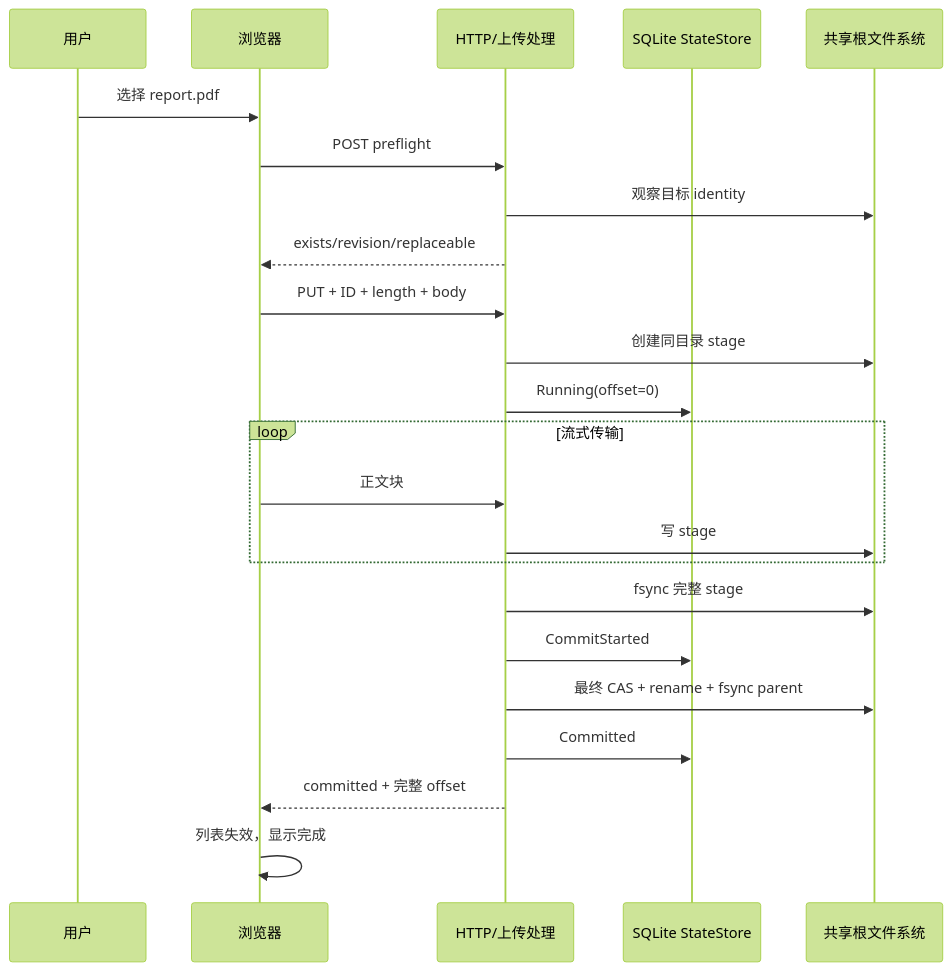
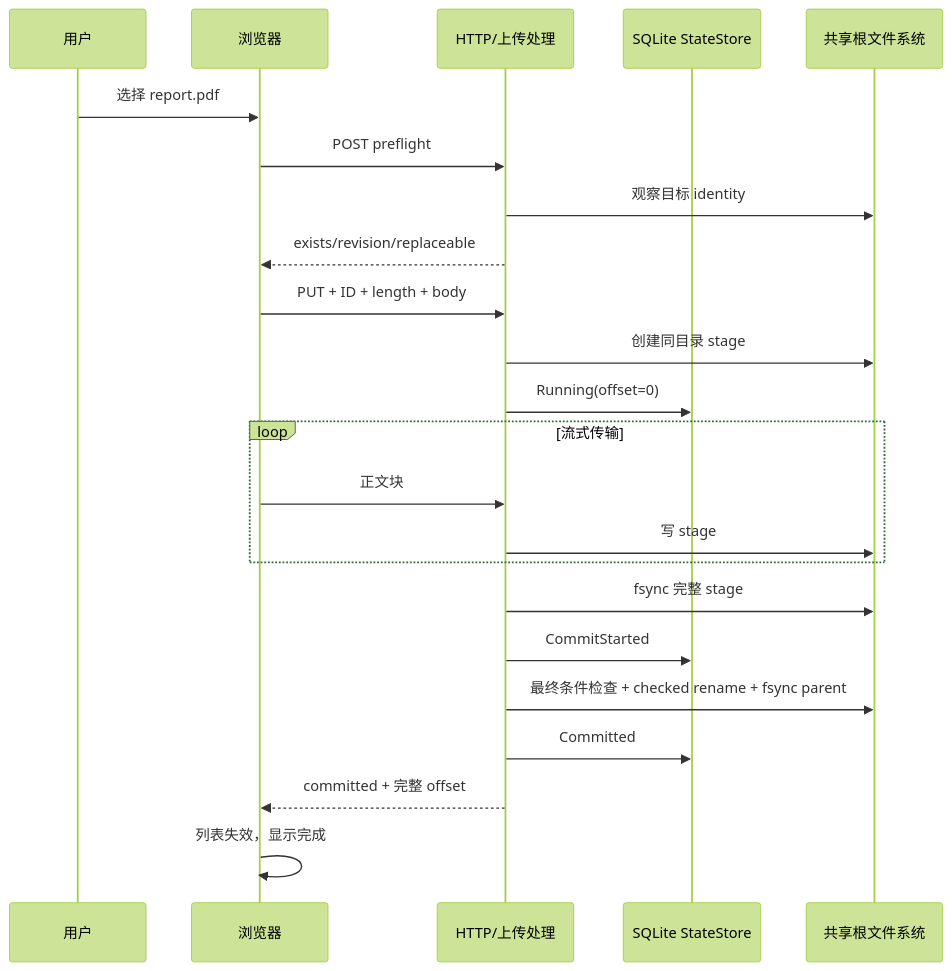
The second of 2 diagrams in docs/beginner-guide/07-upload-protocol.md (isarmg/dufs-ram), drawn with Mermaid (forest theme) before and after one commit. The commit also changed other lines of this file and 14 other files, not shown here.

````diff
--- a/docs/beginner-guide/07-upload-protocol.md
+++ b/docs/beginner-guide/07-upload-protocol.md
@@ -589,25 +592,25 @@
 ```mermaid
 sequenceDiagram
     participant U as 用户
     participant B as 浏览器
     participant H as HTTP/上传处理
     participant S as SQLite StateStore
     participant F as 共享根文件系统
     U->>B: 选择 report.pdf
     B->>H: POST preflight
     H->>F: 观察目标 identity
     H-->>B: exists/revision/replaceable
     B->>H: PUT + ID + length + body
     H->>F: 创建同目录 stage
     H->>S: Running(offset=0)
     loop 流式传输
         B->>H: 正文块
         H->>F: 写 stage
     end
     H->>F: fsync 完整 stage
     H->>S: CommitStarted
-    H->>F: 最终 CAS + rename + fsync parent
+    H->>F: 最终条件检查 + checked rename + fsync parent
     H->>S: Committed
     H-->>B: committed + 完整 offset
     B->>B: 列表失效，显示完成
 ```
````
